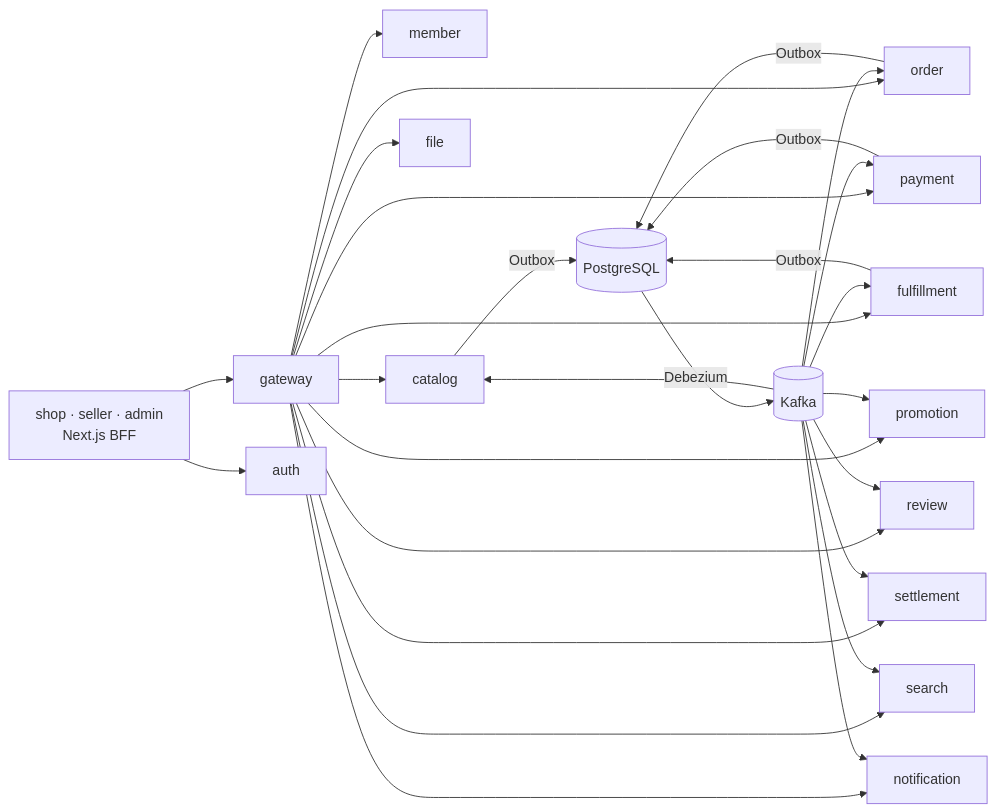
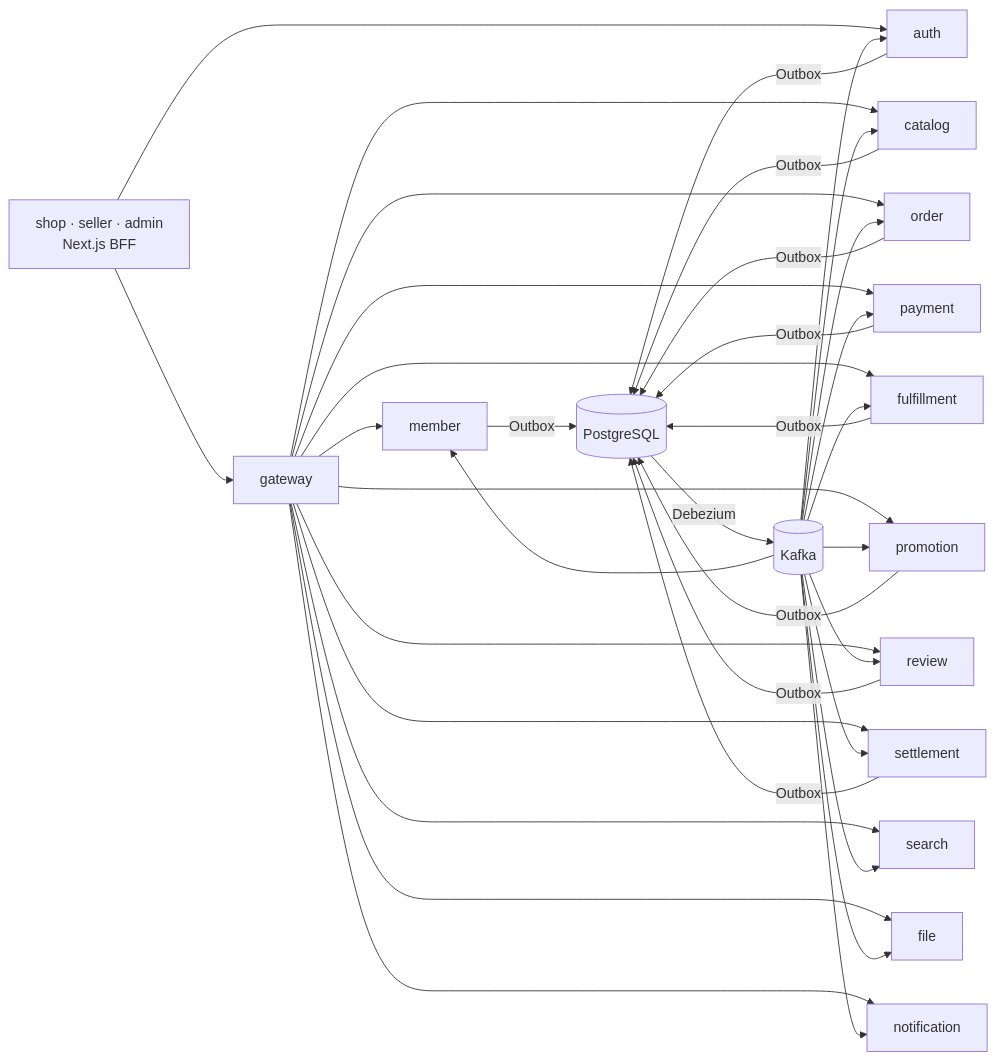
The diagram in README.md (okabedev/open-market), drawn with Mermaid before and after one commit. The commit also changed other lines of this file and 3 other files, not shown here.

````diff
--- a/README.md
+++ b/README.md
@@ -21,10 +21,10 @@
 ```mermaid
 flowchart LR
   apps[shop · seller · admin<br/>Next.js BFF] --> gw[gateway]
   apps --> auth
   gw --> member & catalog & order & payment & fulfillment & promotion & review & settlement & search
   gw --> file & notification
-  order & catalog & payment & fulfillment -- Outbox --> pg[(PostgreSQL)]
+  auth & member & catalog & order & payment & fulfillment & promotion & review & settlement -- Outbox --> pg[(PostgreSQL)]
   pg -- Debezium --> kafka[(Kafka)]
-  kafka --> order & catalog & payment & fulfillment & promotion & review & settlement & search & notification
+  kafka --> auth & member & catalog & order & payment & fulfillment & promotion & review & settlement & search & file & notification
 ```
````
